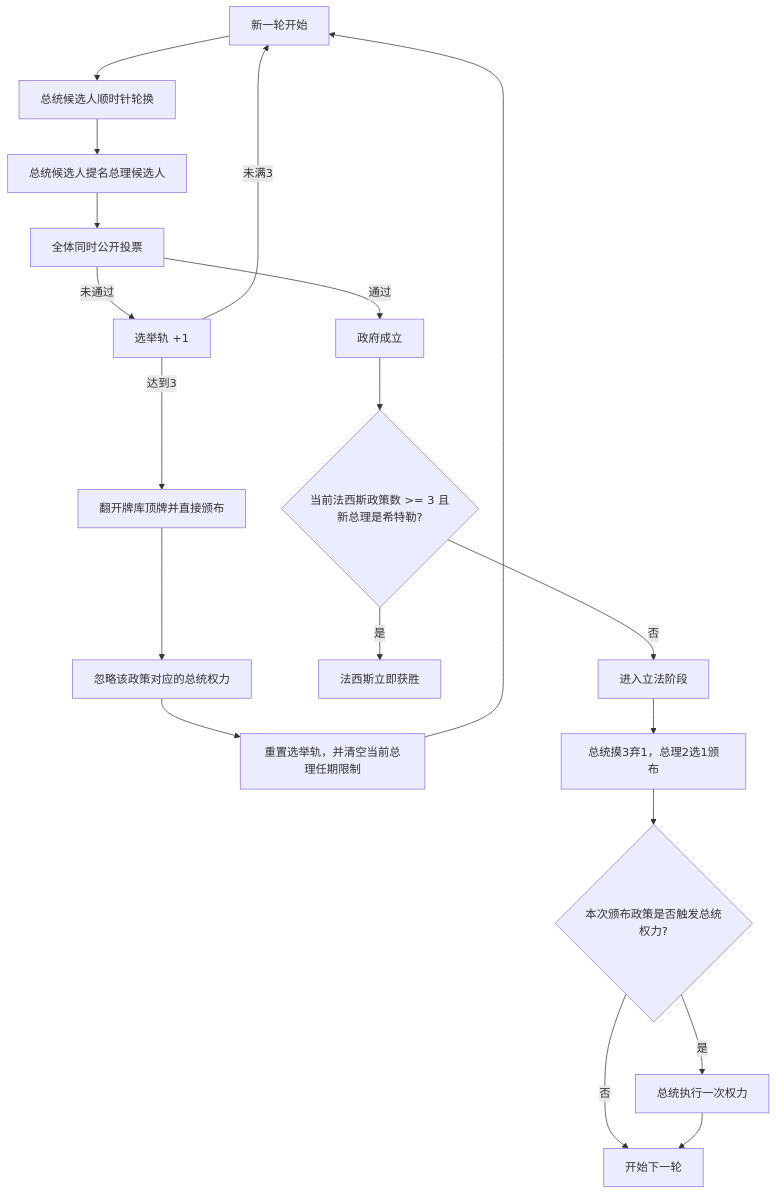
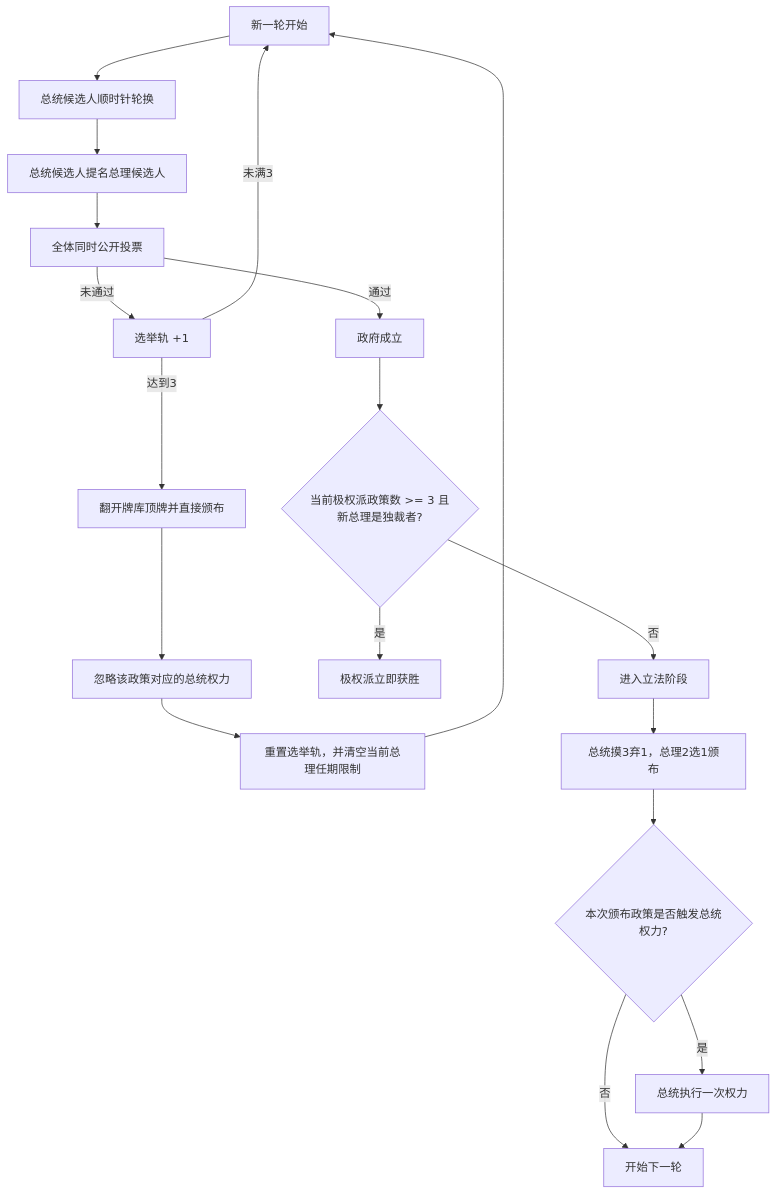
Before and after one commit to Superlumiliam/secret_hitler_wechat: the diagram in docs/game_rules.md, drawn with Mermaid. The commit also changed other lines of this file and 10 other files, not shown here.

````diff
--- a/docs/game_rules.md
+++ b/docs/game_rules.md
@@ -168,21 +168,21 @@
 ```mermaid
 flowchart TD
   A["新一轮开始"] --> B["总统候选人顺时针轮换"]
   B --> C["总统候选人提名总理候选人"]
   C --> D["全体同时公开投票"]
   D -->|未通过| E["选举轨 +1"]
   E -->|未满3| A
   E -->|达到3| F["翻开牌库顶牌并直接颁布"]
   F --> G["忽略该政策对应的总统权力"]
   G --> H["重置选举轨，并清空当前总理任期限制"]
   H --> A
   D -->|通过| I["政府成立"]
-  I --> J{"当前法西斯政策数 >= 3 且新总理是希特勒?"}
-  J -->|是| K["法西斯立即获胜"]
+  I --> J{"当前极权派政策数 >= 3 且新总理是独裁者?"}
+  J -->|是| K["极权派立即获胜"]
   J -->|否| L["进入立法阶段"]
   L --> M["总统摸3弃1，总理2选1颁布"]
   M --> N{"本次颁布政策是否触发总统权力?"}
   N -->|否| O["开始下一轮"]
   N -->|是| P["总统执行一次权力"]
   P --> O
 ```
````
